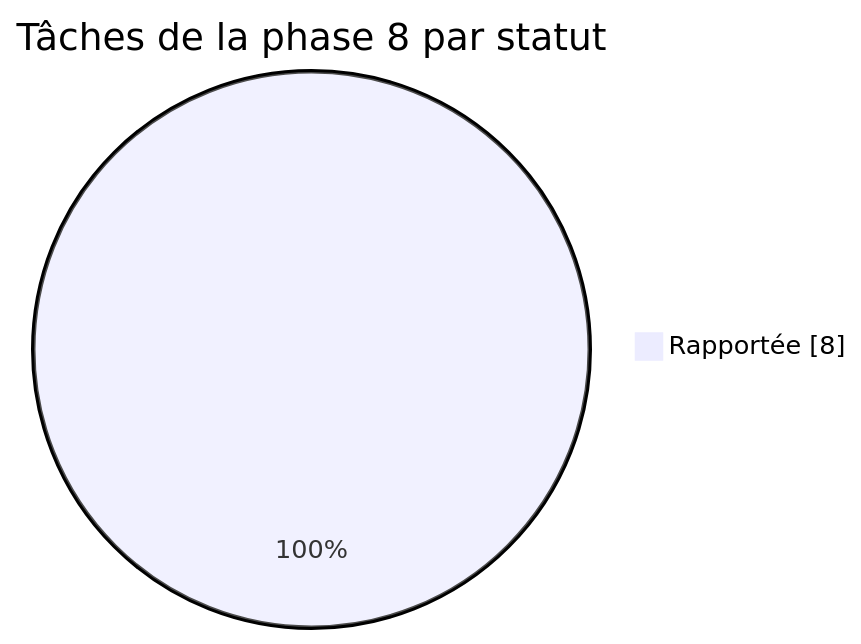
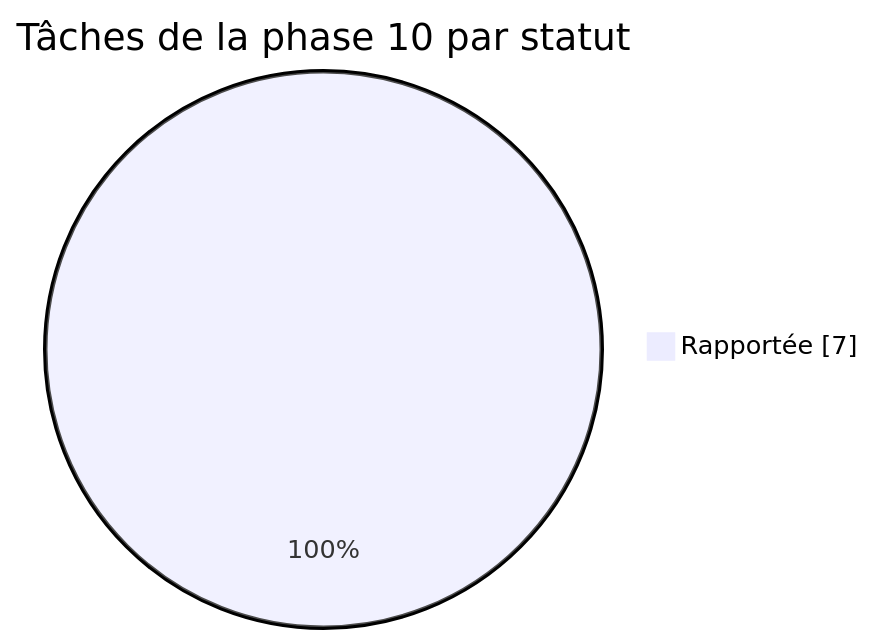
The third of 5 diagrams in docs/reports/TABLEAU-DE-BORD.md (lyon32/lyonpanel), drawn with Mermaid before and after one commit. The commit also changed other lines of this file and 10 other files, not shown here.

````diff
--- a/docs/reports/TABLEAU-DE-BORD.md
+++ b/docs/reports/TABLEAU-DE-BORD.md
@@ -80,5 +80,5 @@
 ```mermaid
 pie showData
-  title Tâches de la phase 8 par statut
-  "Rapportée" : 8
+  title Tâches de la phase 10 par statut
+  "Rapportée" : 7
 ```
````
